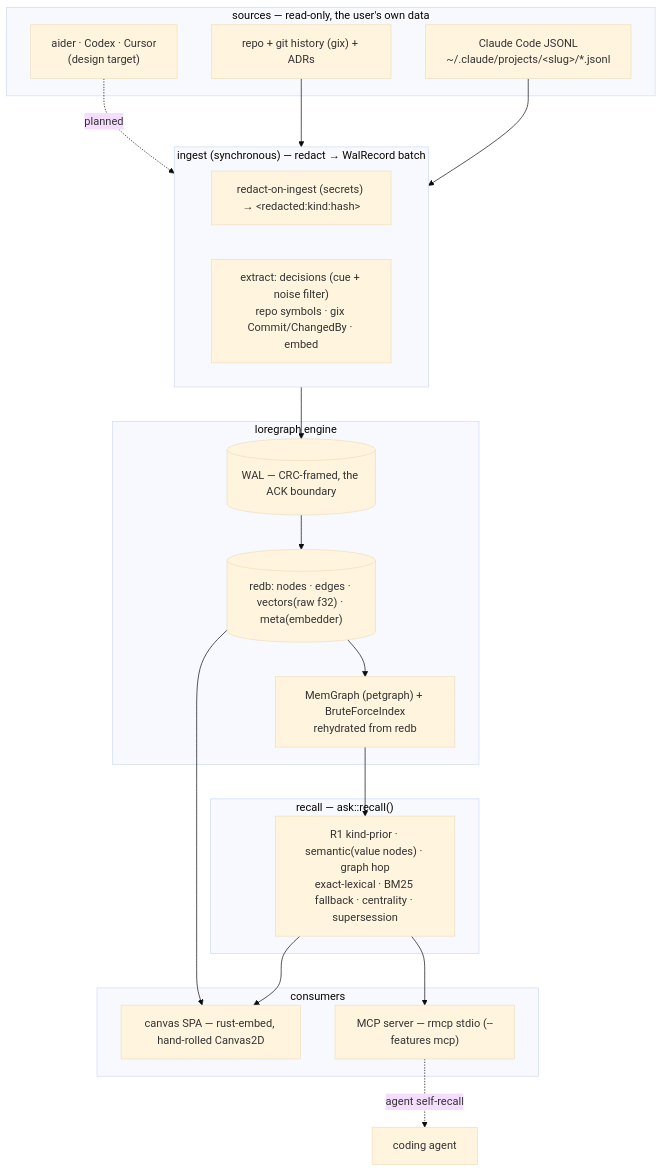
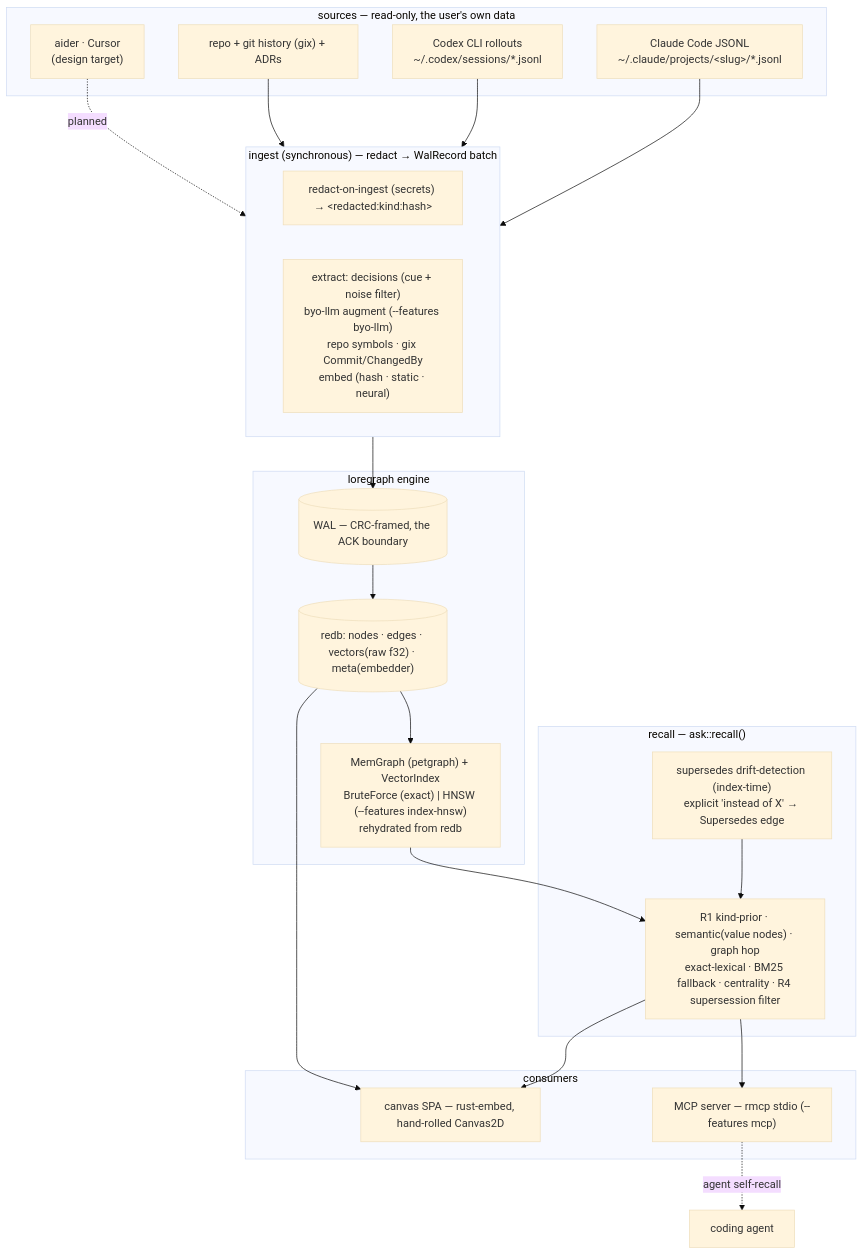
One commit to lucheeseng827/loregraph changed the diagram in README.md. Above: the diagram before and after it, drawn with Mermaid (base theme). The commit also changed other lines of this file and 13 other files, not shown here.

````diff
--- a/README.md
+++ b/README.md
@@ -83,32 +83,36 @@
 ```mermaid
 flowchart TB
   subgraph sources ["sources — read-only, the user's own data"]
     cc["Claude Code JSONL<br/>~/.claude/projects/&lt;slug&gt;/*.jsonl"]
+    cdx["Codex CLI rollouts<br/>~/.codex/sessions/*.jsonl"]
     repo["repo + git history (gix) + ADRs"]
-    aid["aider · Codex · Cursor<br/>(design target)"]
+    aid["aider · Cursor<br/>(design target)"]
   end
   subgraph ingest ["ingest (synchronous) — redact → WalRecord batch"]
     redact["redact-on-ingest (secrets) → &lt;redacted:kind:hash&gt;"]
-    extract["extract: decisions (cue + noise filter)<br/>repo symbols · gix Commit/ChangedBy · embed"]
+    extract["extract: decisions (cue + noise filter)<br/>byo-llm augment (--features byo-llm)<br/>repo symbols · gix Commit/ChangedBy<br/>embed (hash · static · neural)"]
   end
   subgraph engine ["loregraph engine"]
     wal[("WAL — CRC-framed, the ACK boundary")]
     store[("redb: nodes · edges · vectors(raw f32) · meta(embedder)")]
-    mem["MemGraph (petgraph) + BruteForceIndex<br/>rehydrated from redb"]
+    mem["MemGraph (petgraph) + VectorIndex<br/>BruteForce (exact) | HNSW (--features index-hnsw)<br/>rehydrated from redb"]
   end
   subgraph recall ["recall — ask::recall()"]
-    rk["R1 kind-prior · semantic(value nodes) · graph hop<br/>exact-lexical · BM25 fallback · centrality · supersession"]
+    sup["supersedes drift-detection (index-time)<br/>explicit 'instead of X' → Supersedes edge"]
+    rk["R1 kind-prior · semantic(value nodes) · graph hop<br/>exact-lexical · BM25 fallback · centrality · R4 supersession filter"]
+    sup --> rk
   end
   subgraph consumers ["consumers"]
     canvas["canvas SPA — rust-embed, hand-rolled Canvas2D"]
     mcp["MCP server — rmcp stdio (--features mcp)"]
   end
   agent["coding agent"]
   cc --> ingest
+  cdx --> ingest
   repo --> ingest
   aid -. planned .-> ingest
   ingest --> wal --> store --> mem --> rk
   rk --> canvas & mcp
   store --> canvas
   mcp -. "agent self-recall" .-> agent
 ```
````
